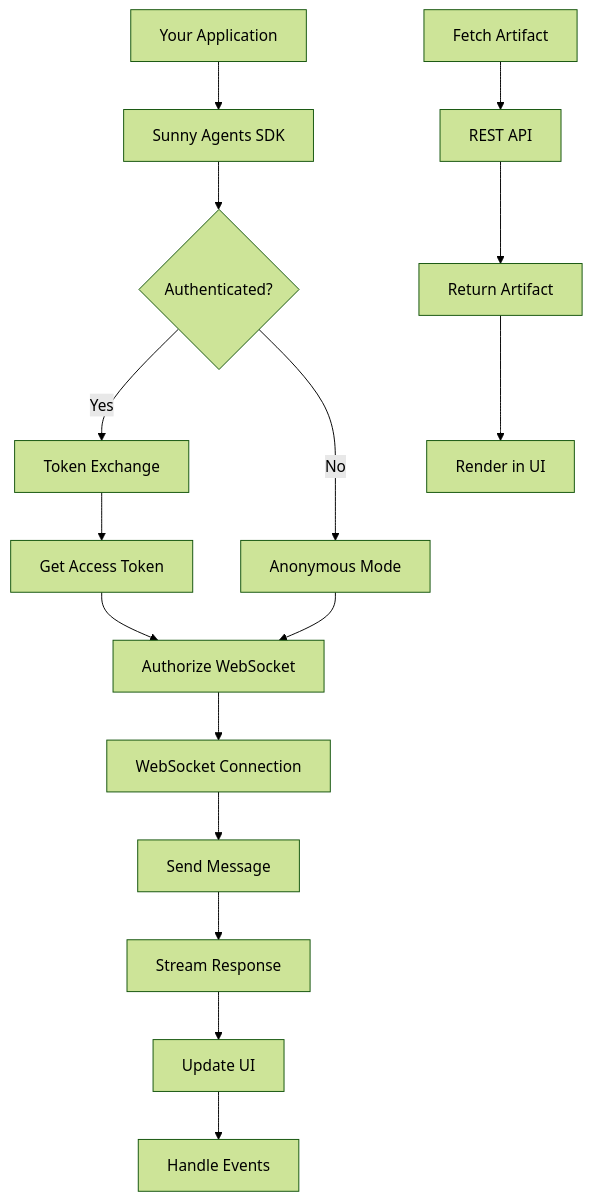
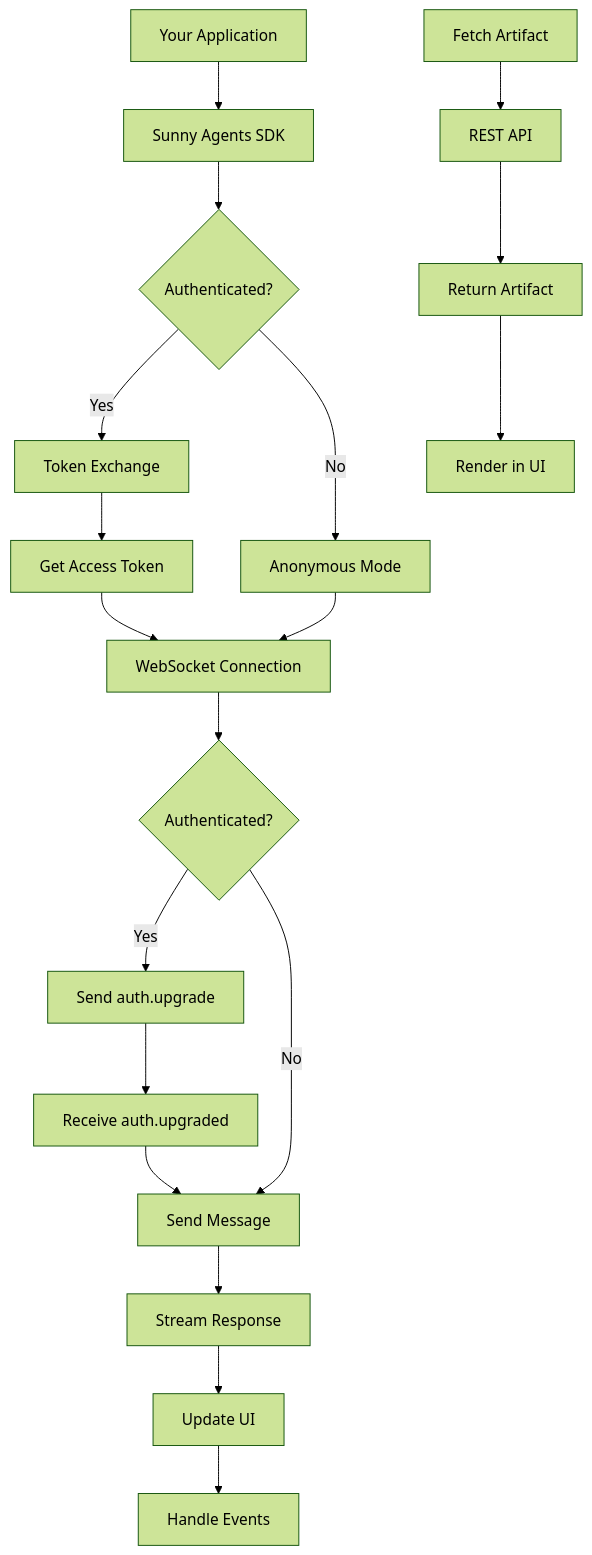
Before and after one commit to sunnyhealthai/docs: the diagram in fern/docs/pages/get-started/overview.mdx, drawn with Mermaid (forest theme). The commit also changed other lines of this file and 10 other files, not shown here.

````diff
--- a/fern/docs/pages/get-started/overview.mdx
+++ b/fern/docs/pages/get-started/overview.mdx
@@ -52,23 +52,26 @@
 ```mermaid
 graph TD
     A[Your Application] --> B[Sunny Agents SDK]
     B --> C{Authenticated?}
     
     C -->|Yes| D[Token Exchange]
     C -->|No| E[Anonymous Mode]
     
     D --> F[Get Access Token]
-    F --> G[Authorize WebSocket]
-    E --> G
+    F --> H[WebSocket Connection]
+    E --> H
     
-    G --> H[WebSocket Connection]
-    H --> I[Send Message]
-    I --> J[Stream Response]
+    H --> I{Authenticated?}
+    I -->|Yes| J[Send auth.upgrade]
+    I -->|No| K[Send Message]
+    J --> L[Receive auth.upgraded]
+    L --> K
     
-    J --> K[Update UI]
-    K --> L[Handle Events]
+    K --> M[Stream Response]
+    M --> N[Update UI]
+    N --> O[Handle Events]
     
-    M[Fetch Artifact] --> N[REST API]
-    N --> O[Return Artifact]
-    O --> P[Render in UI]
+    P[Fetch Artifact] --> Q[REST API]
+    Q --> R[Return Artifact]
+    R --> S[Render in UI]
 ```
````
